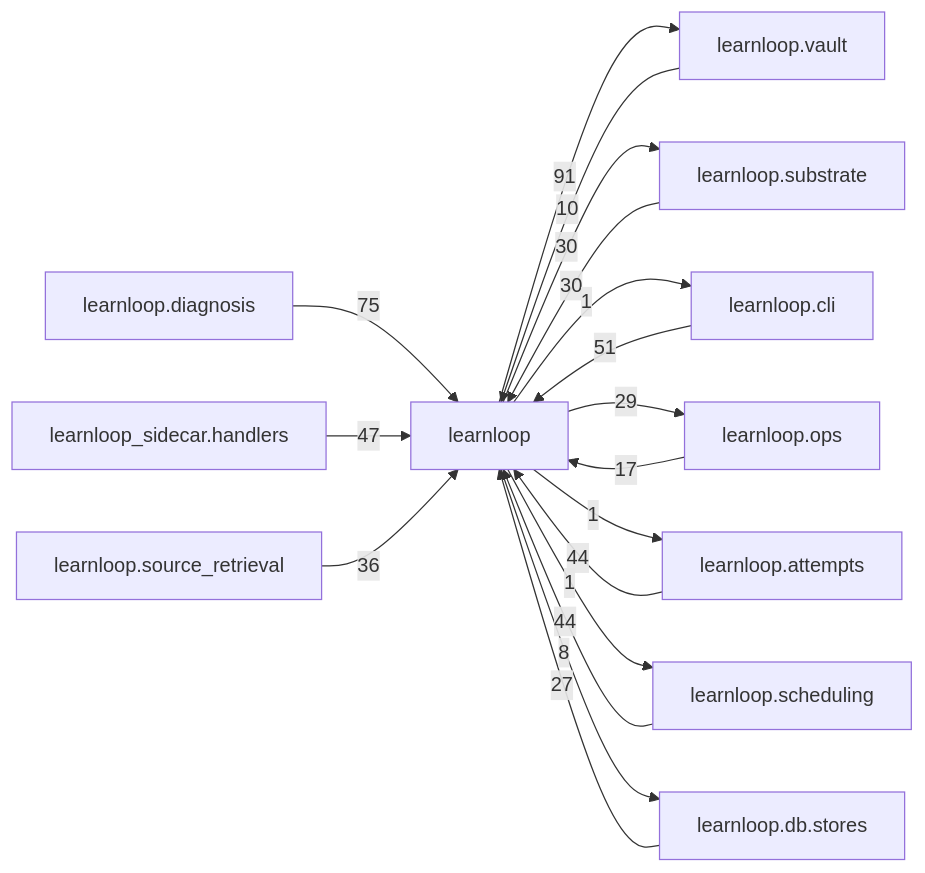
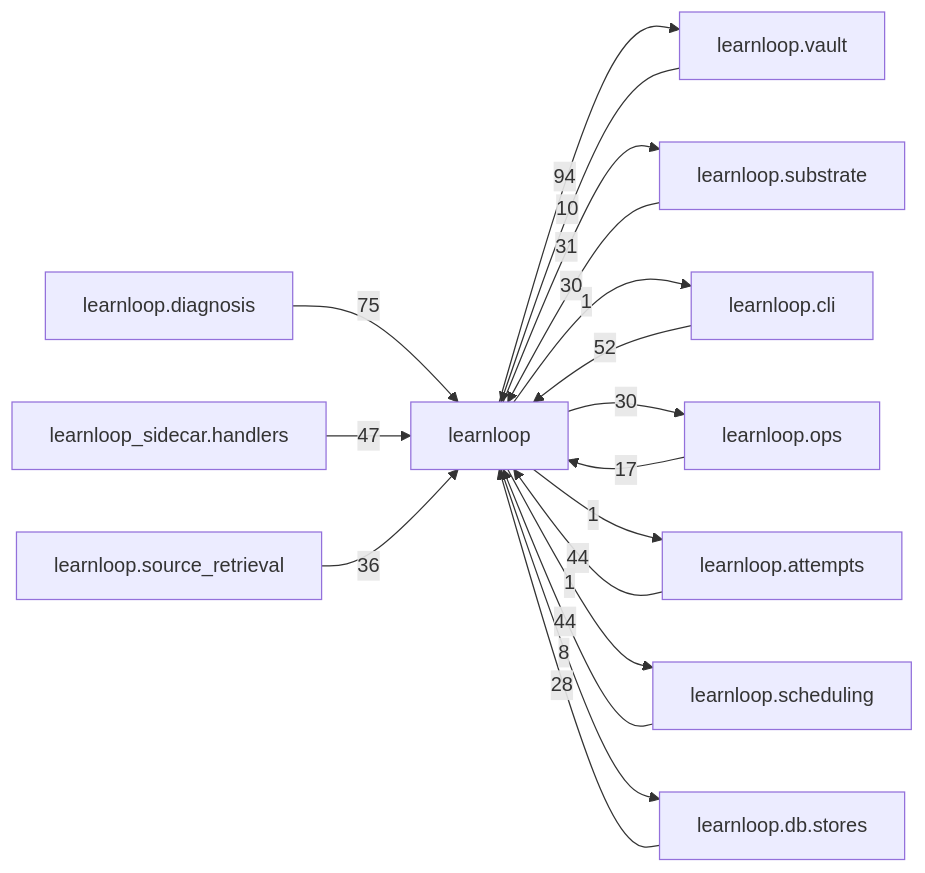
Before and after one commit to 6up-b/learnanything: the diagram in docs/learnloop-architecture-vault/Reference/Modules/learnloop/_package.md, drawn with Mermaid. The commit also changed other lines of this file and 601 other files, not shown here.

````diff
--- a/docs/learnloop-architecture-vault/Reference/Modules/learnloop/_package.md
+++ b/docs/learnloop-architecture-vault/Reference/Modules/learnloop/_package.md
@@ -291,31 +293,31 @@
 ```mermaid
 flowchart LR
     center["learnloop"]
     n_learnloop_vault["learnloop.vault"]
     n_learnloop_diagnosis["learnloop.diagnosis"]
     n_learnloop_substrate["learnloop.substrate"]
     n_learnloop_cli["learnloop.cli"]
+    n_learnloop_ops["learnloop.ops"]
     n_learnloop_sidecar_handlers["learnloop_sidecar.handlers"]
-    n_learnloop_ops["learnloop.ops"]
     n_learnloop_attempts["learnloop.attempts"]
     n_learnloop_scheduling["learnloop.scheduling"]
+    n_learnloop_db_stores["learnloop.db.stores"]
     n_learnloop_source_retrieval["learnloop.source_retrieval"]
-    n_learnloop_db_stores["learnloop.db.stores"]
     n_learnloop_vault -->|10| center
-    center -->|91| n_learnloop_vault
+    center -->|94| n_learnloop_vault
     n_learnloop_diagnosis -->|75| center
     n_learnloop_substrate -->|30| center
-    center -->|30| n_learnloop_substrate
-    n_learnloop_cli -->|51| center
+    center -->|31| n_learnloop_substrate
+    n_learnloop_cli -->|52| center
     center -->|1| n_learnloop_cli
+    n_learnloop_ops -->|17| center
+    center -->|30| n_learnloop_ops
     n_learnloop_sidecar_handlers -->|47| center
-    n_learnloop_ops -->|17| center
-    center -->|29| n_learnloop_ops
     n_learnloop_attempts -->|44| center
     center -->|1| n_learnloop_attempts
     n_learnloop_scheduling -->|44| center
     center -->|1| n_learnloop_scheduling
+    n_learnloop_db_stores -->|28| center
+    center -->|8| n_learnloop_db_stores
     n_learnloop_source_retrieval -->|36| center
-    n_learnloop_db_stores -->|27| center
-    center -->|8| n_learnloop_db_stores
 ```
````
